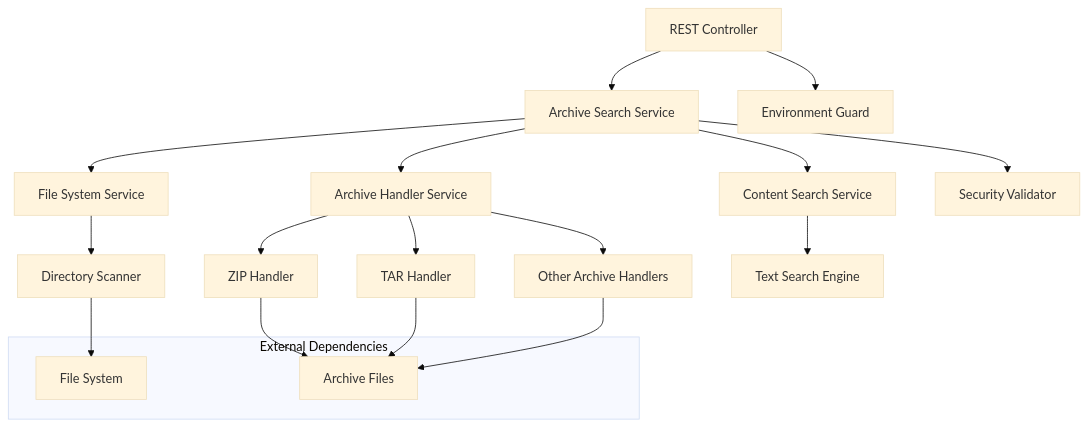
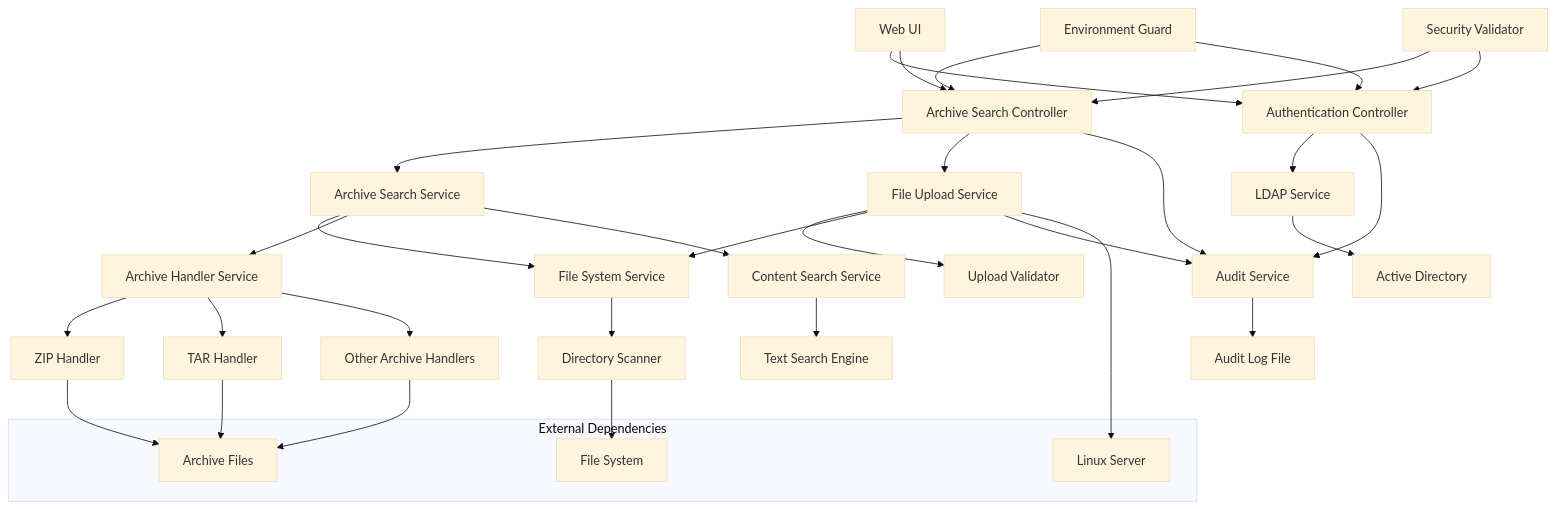
The diagram in .kiro/specs/archive-search-api/design.md (pkanduri1/fabric-platform), drawn with Mermaid (base theme) before and after one commit. The commit also changed other lines of this file and 2 other files, not shown here.

First line of the commit message:
chore: restore .kiro folder with archive search API specifications

````diff
--- a/.kiro/specs/archive-search-api/design.md
+++ b/.kiro/specs/archive-search-api/design.md
@@ -11,24 +11,45 @@
 ```mermaid
 graph TB
-    A[REST Controller] --> B[Archive Search Service]
-    B --> C[File System Service]
-    B --> D[Archive Handler Service]
-    B --> E[Content Search Service]
-    C --> F[Directory Scanner]
-    D --> G[ZIP Handler]
-    D --> H[TAR Handler]
-    D --> I[Other Archive Handlers]
-    E --> J[Text Search Engine]
-    B --> K[Security Validator]
-    A --> L[Environment Guard]
+    A[Web UI] --> B[Authentication Controller]
+    B --> C[LDAP Service]
+    C --> D[Active Directory]
+    
+    A --> E[Archive Search Controller]
+    E --> F[Archive Search Service]
+    E --> G[File Upload Service]
+    
+    F --> H[File System Service]
+    F --> I[Archive Handler Service]
+    F --> J[Content Search Service]
+    
+    G --> K[Upload Validator]
+    G --> H
+    
+    H --> L[Directory Scanner]
+    I --> M[ZIP Handler]
+    I --> N[TAR Handler]
+    I --> O[Other Archive Handlers]
+    J --> P[Text Search Engine]
+    
+    B --> Q[Audit Service]
+    E --> Q
+    G --> Q
+    Q --> R[Audit Log File]
+    
+    S[Environment Guard] --> E
+    S --> B
+    T[Security Validator] --> E
+    T --> B
     
     subgraph "External Dependencies"
-        M[File System]
-        N[Archive Files]
+        U[File System]
+        V[Archive Files]
+        W[Linux Server]
     end
     
-    F --> M
-    G --> N
-    H --> N
-    I --> N
+    L --> U
+    M --> V
+    N --> V
+    O --> V
+    G --> W
 ```
````
